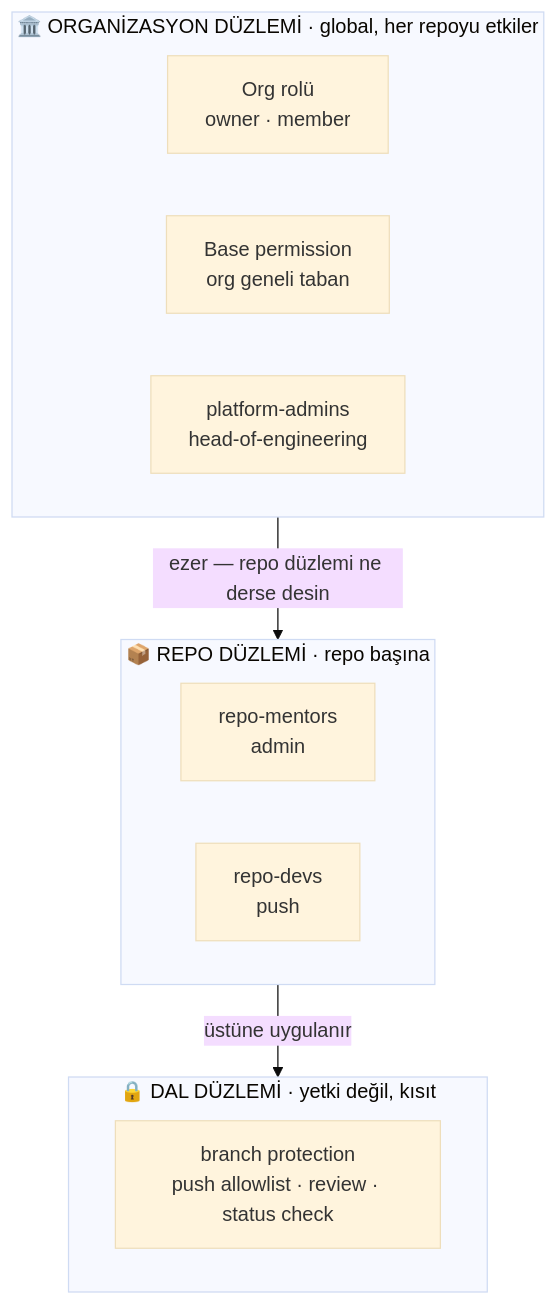
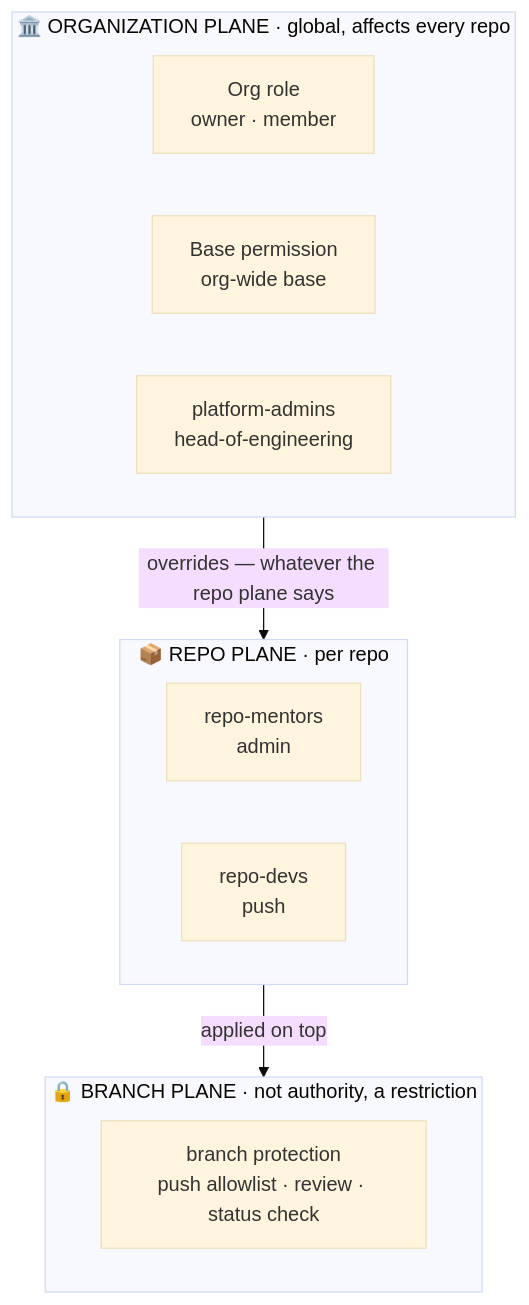
The first of 4 diagrams in docs/rbac-and-permissions.md (iceberg-pilot-test/Iceberg-GitHub-Infrastructure), drawn with Mermaid (base theme) before and after one commit. The commit also changed other lines of this file and 21 other files, not shown here.

````diff
--- a/docs/rbac-and-permissions.md
+++ b/docs/rbac-and-permissions.md
@@ -43,22 +45,22 @@
 ```mermaid
 flowchart TB
-    subgraph ORG["🏛️ ORGANİZASYON DÜZLEMİ · global, her repoyu etkiler"]
+    subgraph ORG["🏛️ ORGANIZATION PLANE · global, affects every repo"]
         direction LR
-        O1["Org rolü<br/>owner · member"]
-        O2["Base permission<br/>org geneli taban"]
+        O1["Org role<br/>owner · member"]
+        O2["Base permission<br/>org-wide base"]
         O3["platform-admins<br/>head-of-engineering"]
     end
 
-    subgraph REPO["📦 REPO DÜZLEMİ · repo başına"]
+    subgraph REPO["📦 REPO PLANE · per repo"]
         direction LR
         R1["repo-mentors<br/>admin"]
         R2["repo-devs<br/>push"]
     end
 
-    subgraph DAL["🔒 DAL DÜZLEMİ · yetki değil, kısıt"]
+    subgraph DAL["🔒 BRANCH PLANE · not authority, a restriction"]
         D1["branch protection<br/>push allowlist · review · status check"]
     end
 
-    ORG -->|"ezer — repo düzlemi ne derse desin"| REPO
-    REPO -->|"üstüne uygulanır"| DAL
+    ORG -->|"overrides — whatever the repo plane says"| REPO
+    REPO -->|"applied on top"| DAL
 ```
````
